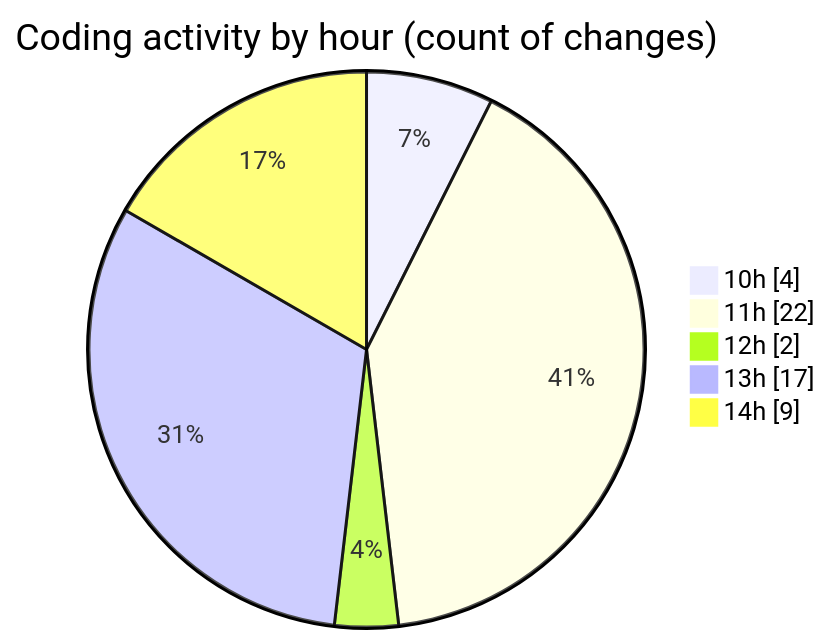
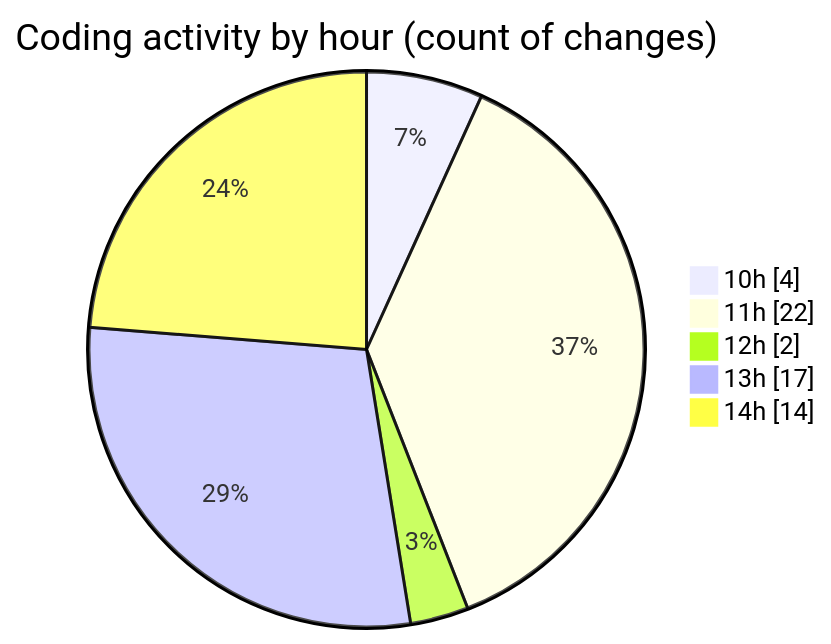
One commit to nxtqubesakshisongat/code-tracking changed the second of 2 diagrams in 2025-09-15/nxtqube_webapp/README.md. Above: the diagram before and after it, drawn with Mermaid. The commit also changed other lines of this file and 1 other file, not shown here.

````diff
--- a/2025-09-15/nxtqube_webapp/README.md
+++ b/2025-09-15/nxtqube_webapp/README.md
@@ -31,9 +31,9 @@
 ```mermaid
 pie showData
 title Coding activity by hour (count of changes)
 "10h" : 4
 "11h" : 22
 "12h" : 2
 "13h" : 17
-"14h" : 9
+"14h" : 14
 ```
````
